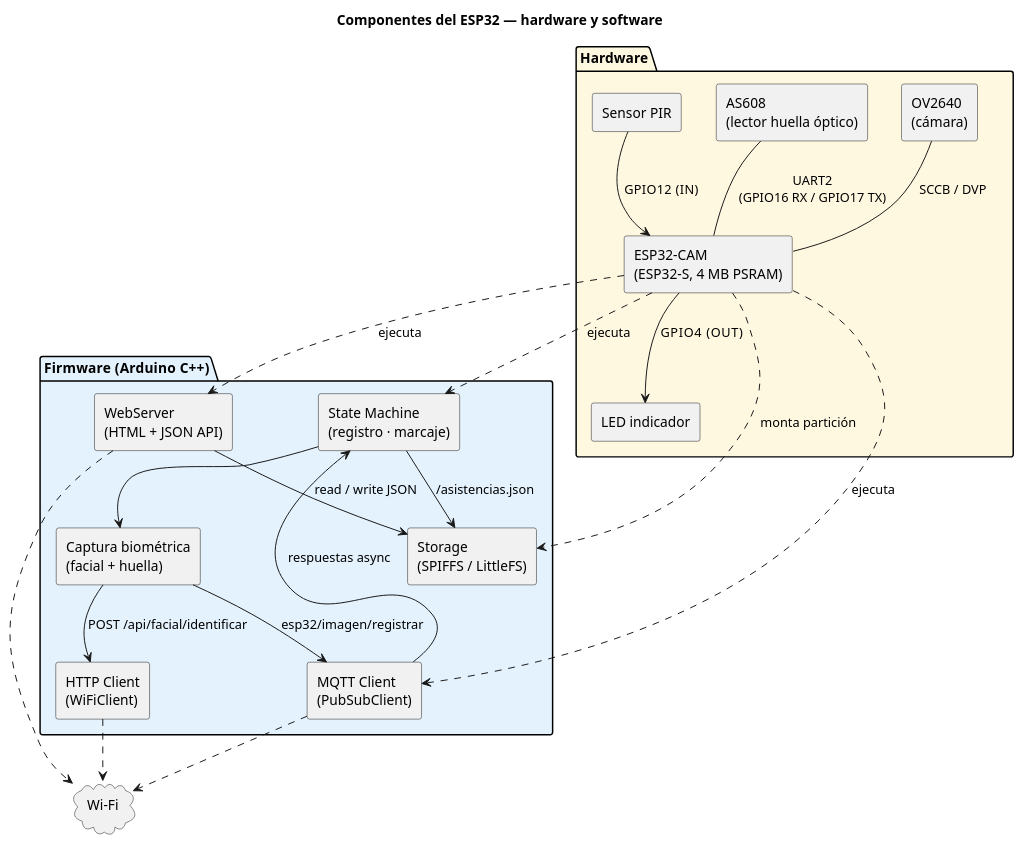
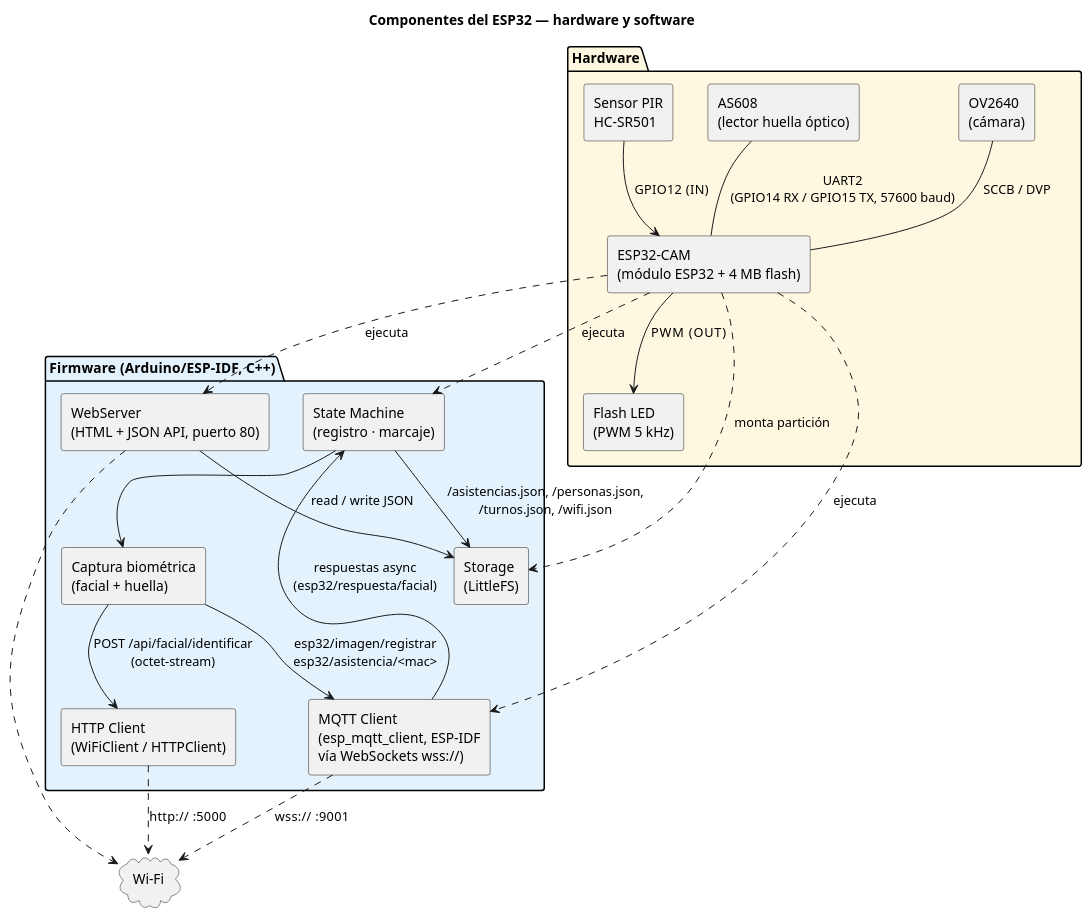
Before and after one commit to BorgTb/AsistenciaBackendFinal: the diagram in Informe/diagrams/10_componentes_esp32.puml, drawn with PlantUML. The commit also changed 218 other files, not shown here.

```diff
--- a/Informe/diagrams/10_componentes_esp32.puml
+++ b/Informe/diagrams/10_componentes_esp32.puml
@@ -1,46 +1,46 @@
 @startuml componentes_esp32
 title Componentes del ESP32 — hardware y software
 
 skinparam shadowing false
 skinparam componentStyle rectangle
 
 package "Hardware" #FFF8E1 {
-  component "ESP32-CAM\n(ESP32-S, 4 MB PSRAM)" as MCU
+  component "ESP32-CAM\n(módulo ESP32 + 4 MB flash)" as MCU
   component "OV2640\n(cámara)" as CAM
   component "AS608\n(lector huella óptico)" as FP
-  component "Sensor PIR" as PIR
-  component "LED indicador" as LED
+  component "Sensor PIR\nHC-SR501" as PIR
+  component "Flash LED\n(PWM 5 kHz)" as LED
 
   CAM  --  MCU : SCCB / DVP
-  FP   --  MCU : UART2\n(GPIO16 RX / GPIO17 TX)
+  FP   --  MCU : UART2\n(GPIO14 RX / GPIO15 TX, 57600 baud)
   PIR  -->  MCU : GPIO12  (IN)
-  MCU  -->  LED : GPIO4   (OUT)
+  MCU  -->  LED : PWM   (OUT)
 }
 
-package "Firmware  (Arduino C++)" #E3F2FD {
-  component "WebServer\n(HTML + JSON API)" as WEB
-  component "MQTT Client\n(PubSubClient)" as MQ
-  component "HTTP Client\n(WiFiClient)" as HTTP
-  component "Storage\n(SPIFFS / LittleFS)" as FS
+package "Firmware  (Arduino/ESP-IDF, C++)" #E3F2FD {
+  component "WebServer\n(HTML + JSON API, puerto 80)" as WEB
+  component "MQTT Client\n(esp_mqtt_client, ESP-IDF\nvía WebSockets wss://)" as MQ
+  component "HTTP Client\n(WiFiClient / HTTPClient)" as HTTP
+  component "Storage\n(LittleFS)" as FS
   component "State Machine\n(registro · marcaje)" as SM
   component "Captura biométrica\n(facial + huella)" as BIO
 
   WEB  -->  FS  : read / write JSON
   SM   -->  BIO
-  SM   -->  FS  : /asistencias.json
-  BIO  -->  MQ  : esp32/imagen/registrar
-  BIO  -->  HTTP : POST /api/facial/identificar
-  MQ   -->  SM  : respuestas async
+  SM   -->  FS  : /asistencias.json, /personas.json,\n/turnos.json, /wifi.json
+  BIO  -->  MQ  : esp32/imagen/registrar\nesp32/asistencia/<mac>
+  BIO  -->  HTTP : POST /api/facial/identificar\n(octet-stream)
+  MQ   -->  SM  : respuestas async\n(esp32/respuesta/facial)
 }
 
 MCU ..> WEB  : ejecuta
 MCU ..> MQ   : ejecuta
 MCU ..> SM   : ejecuta
 MCU ..> FS   : monta partición
 
 cloud "Wi-Fi" as WIFI
-MQ   ..>  WIFI
-HTTP ..>  WIFI
+MQ   ..>  WIFI : wss://  :9001
+HTTP ..>  WIFI : http://  :5000
 WEB  ..>  WIFI
 
 @enduml
```
